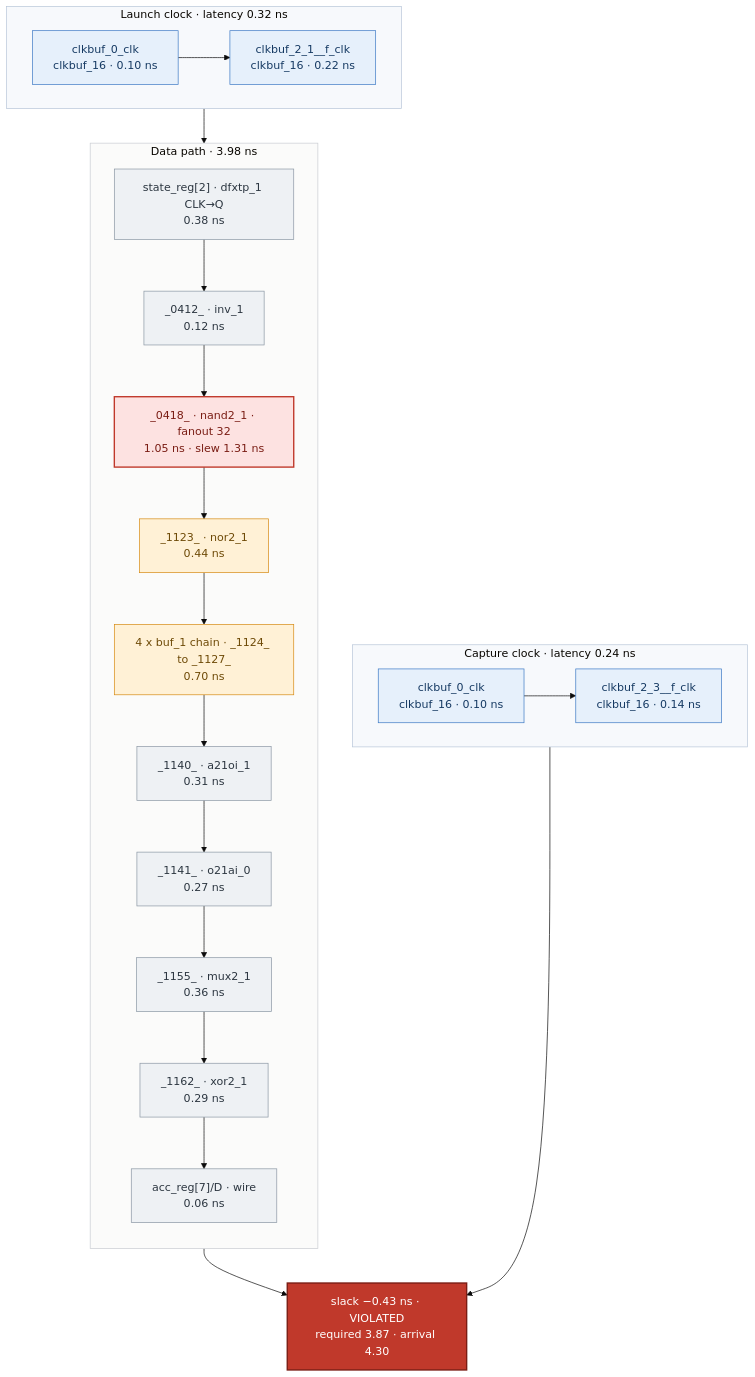
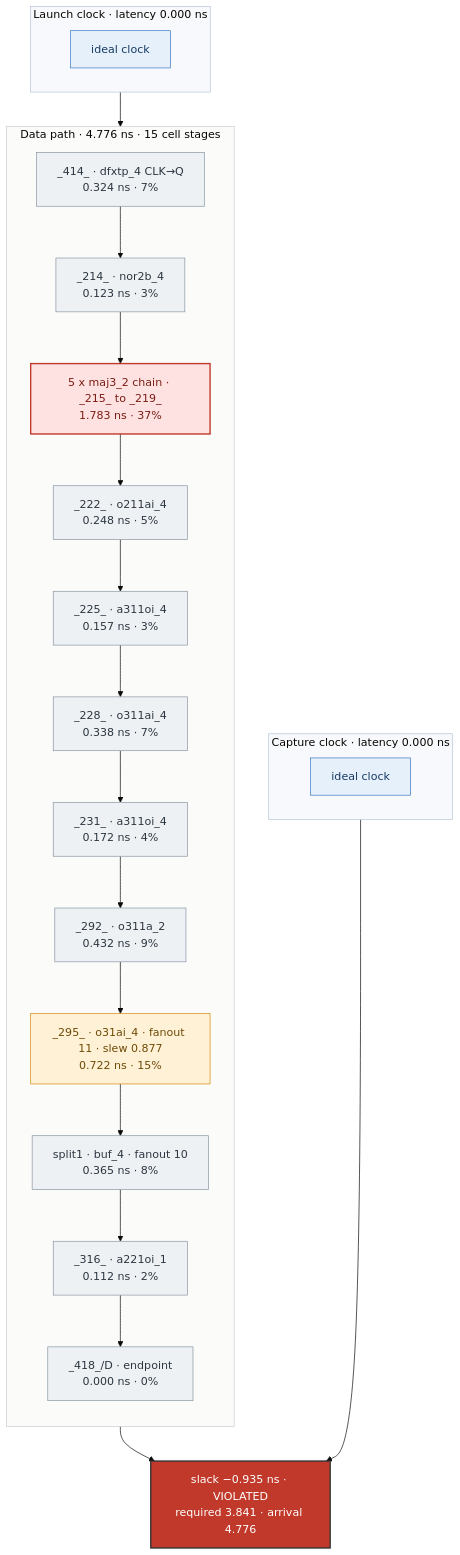
One commit to ZhaoYang-dexter/one-path-one-picture changed the diagram in README.md. Above: the diagram before and after it, drawn with Mermaid (base theme). The commit also changed other lines of this file and 29 other files, not shown here.

````diff
--- a/README.md
+++ b/README.md
@@ -25,47 +44,54 @@
 ```mermaid
 flowchart TB
-  subgraph LC["Launch clock · latency 0.32 ns"]
+  subgraph LC["Launch clock · latency 0.000 ns"]
     direction LR
-    L1["clkbuf_0_clk<br/>clkbuf_16 · 0.10 ns"] --> L2["clkbuf_2_1__f_clk<br/>clkbuf_16 · 0.22 ns"]
+    LC0["ideal clock"]
   end
-
-  subgraph DP["Data path · 3.98 ns"]
+  subgraph DP["Data path · 4.776 ns · 15 cell stages"]
     direction TB
-    D1["state_reg[2] · dfxtp_1 CLK→Q<br/>0.38 ns"] --> D2["_0412_ · inv_1<br/>0.12 ns"]
-    D2 --> D3["_0418_ · nand2_1 · fanout 32<br/>1.05 ns · slew 1.31 ns"]
-    D3 --> D4["_1123_ · nor2_1<br/>0.44 ns"]
-    D4 --> D5["4 x buf_1 chain · _1124_ to _1127_<br/>0.70 ns"]
-    D5 --> D6["_1140_ · a21oi_1<br/>0.31 ns"]
-    D6 --> D7["_1141_ · o21ai_0<br/>0.27 ns"]
-    D7 --> D8["_1155_ · mux2_1<br/>0.36 ns"]
-    D8 --> D9["_1162_ · xor2_1<br/>0.29 ns"]
-    D9 --> D10["acc_reg[7]/D · wire<br/>0.06 ns"]
+    D1["_414_ · dfxtp_4 CLK→Q<br/>0.324 ns · 7%"]
+    D2["_214_ · nor2b_4<br/>0.123 ns · 3%"]
+    D1 --> D2
+    D3["5 x maj3_2 chain · _215_ to _219_<br/>1.783 ns · 37%"]
+    D2 --> D3
+    D4["_222_ · o211ai_4<br/>0.248 ns · 5%"]
+    D3 --> D4
+    D5["_225_ · a311oi_4<br/>0.157 ns · 3%"]
+    D4 --> D5
+    D6["_228_ · o311ai_4<br/>0.338 ns · 7%"]
+    D5 --> D6
+    D7["_231_ · a311oi_4<br/>0.172 ns · 4%"]
+    D6 --> D7
+    D8["_292_ · o311a_2<br/>0.432 ns · 9%"]
+    D7 --> D8
+    D9["_295_ · o31ai_4 · fanout 11 · slew 0.877<br/>0.722 ns · 15%"]
+    D8 --> D9
+    D10["split1 · buf_4 · fanout 10<br/>0.365 ns · 8%"]
+    D9 --> D10
+    D11["_316_ · a221oi_1<br/>0.112 ns · 2%"]
+    D10 --> D11
+    D12["_418_/D · endpoint<br/>0.000 ns · 0%"]
+    D11 --> D12
   end
-
-  subgraph CC["Capture clock · latency 0.24 ns"]
+  subgraph CC["Capture clock · latency 0.000 ns"]
     direction LR
-    C1["clkbuf_0_clk<br/>clkbuf_16 · 0.10 ns"] --> C2["clkbuf_2_3__f_clk<br/>clkbuf_16 · 0.14 ns"]
+    CC0["ideal clock"]
   end
-
-  S["slack −0.43 ns · VIOLATED<br/>required 3.87 · arrival 4.30"]
-
+  S["slack −0.935 ns · VIOLATED<br/>required 3.841 · arrival 4.776"]
   LC --> DP
   DP --> S
   CC --> S
-
   classDef hot  fill:#fde2e1,stroke:#c0392b,color:#7a1d14,stroke-width:2px
   classDef warm fill:#fff1d6,stroke:#d68910,color:#6e4a07
   classDef cool fill:#eef1f4,stroke:#8a96a3,color:#2c3640
   classDef clk  fill:#e6f0fb,stroke:#3b78c4,color:#163a63
-  classDef slack fill:#c0392b,stroke:#7a1d14,color:#ffffff,stroke-width:2px
-
+  classDef res fill:#c0392b,stroke:#333,color:#ffffff,stroke-width:2px
   class D3 hot
-  class D4,D5 warm
-  class D1,D2,D6,D7,D8,D9,D10 cool
-  class L1,L2,C1,C2 clk
-  class S slack
-
+  class D9 warm
+  class D1,D2,D4,D5,D6,D7,D8,D10,D11,D12 cool
+  class LC0,CC0 clk
+  class S res
   style LC fill:#f7f9fc,stroke:#b8c6d8
   style CC fill:#f7f9fc,stroke:#b8c6d8
   style DP fill:#fbfbfa,stroke:#c9ccd1
 ```
````
